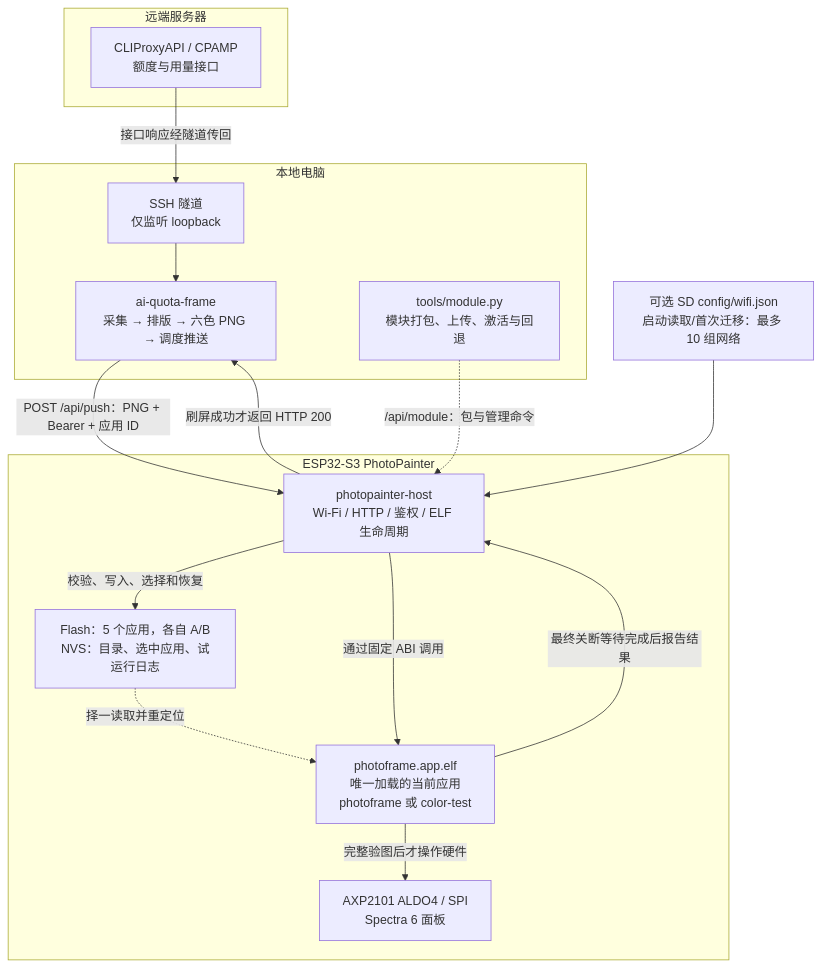
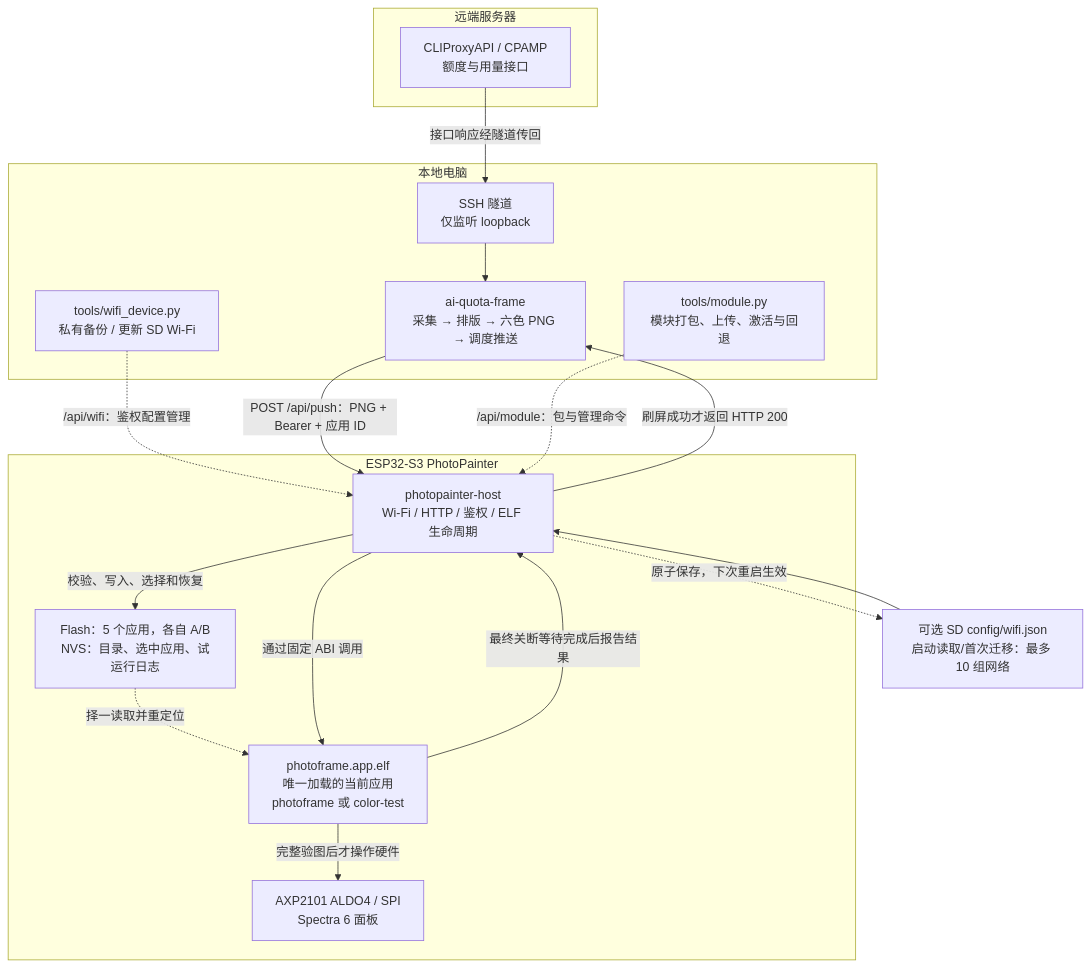
One commit to M1nt-Ch0c0/esp32s3 changed the first of 3 diagrams in ARCHITECTURE.md. Above: the diagram before and after it, drawn with Mermaid. The commit also changed other lines of this file, not shown here.

Commit message:
Document authenticated Wi-Fi management and verified SD data flow

````diff
--- a/ARCHITECTURE.md
+++ b/ARCHITECTURE.md
@@ -20,28 +20,31 @@
 ```mermaid
 flowchart TB
     subgraph Remote[远端服务器]
         API["CLIProxyAPI / CPAMP<br/>额度与用量接口"]
     end
     subgraph PC[本地电脑]
         Tunnel["SSH 隧道<br/>仅监听 loopback"]
         App["ai-quota-frame<br/>采集 → 排版 → 六色 PNG → 调度推送"]
         Admin["tools/module.py<br/>模块打包、上传、激活与回退"]
+        WiFiAdmin["tools/wifi_device.py<br/>私有备份 / 更新 SD Wi-Fi"]
     end
     subgraph Device[ESP32-S3 PhotoPainter]
         Host["photopainter-host<br/>Wi-Fi / HTTP / 鉴权 / ELF 生命周期"]
         Slots["Flash：5 个应用，各自 A/B<br/>NVS：目录、选中应用、试运行日志"]
         Module["photoframe.app.elf<br/>唯一加载的当前应用<br/>photoframe 或 color-test"]
         Panel["AXP2101 ALDO4 / SPI<br/>Spectra 6 面板"]
     end
     API -->|接口响应经隧道传回| Tunnel
     Tunnel --> App
     SD["可选 SD config/wifi.json<br/>启动读取/首次迁移：最多 10 组网络"] --> Host
+    WiFiAdmin -.->|"/api/wifi：鉴权配置管理"| Host
+    Host -.->|"原子保存，下次重启生效"| SD
     App -->|"POST /api/push：PNG + Bearer + 应用 ID"| Host
     Admin -.->|"/api/module：包与管理命令"| Host
     Host -->|校验、写入、选择和恢复| Slots
     Slots -.->|择一读取并重定位| Module
     Host -->|通过固定 ABI 调用| Module
     Module -->|完整验图后才操作硬件| Panel
     Module -->|最终关断等待完成后报告结果| Host
     Host -->|刷屏成功才返回 HTTP 200| App
 ```
````
